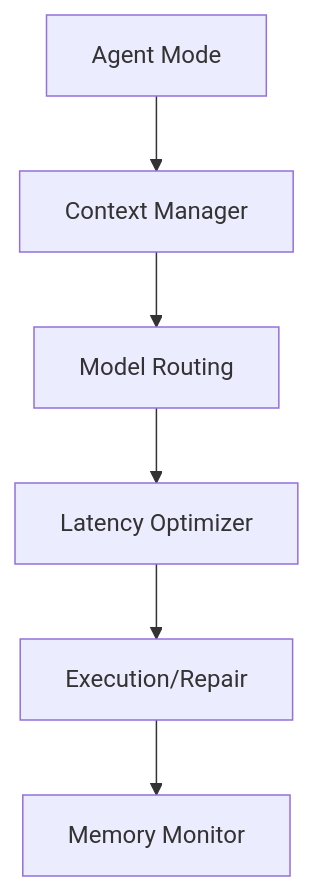
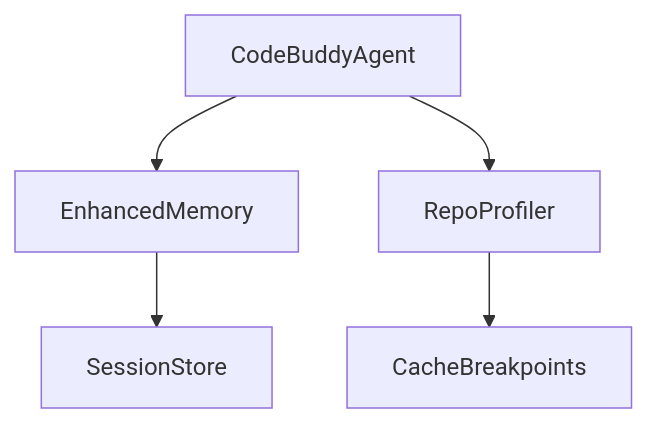
Before and after one commit to Zeeeepa/code-buddy: the diagram in .codebuddy/docs/3f-performance-optimization-core-agent.md, drawn with Mermaid. The commit also changed other lines of this file and 29 other files, not shown here.

````diff
--- a/.codebuddy/docs/3f-performance-optimization-core-agent.md
+++ b/.codebuddy/docs/3f-performance-optimization-core-agent.md
@@ -5,8 +11,7 @@
 ```mermaid
 graph TD
-    A[Agent Mode] --> B[Context Manager]
-    B --> C[Model Routing]
-    C --> D[Latency Optimizer]
-    D --> E[Execution/Repair]
-    E --> F[Memory Monitor]
+  Agent[CodeBuddyAgent] --> Memory[EnhancedMemory]
+  Agent --> Profiler[RepoProfiler]
+  Profiler --> Cache[CacheBreakpoints]
+  Memory --> Session[SessionStore]
 ```
````
